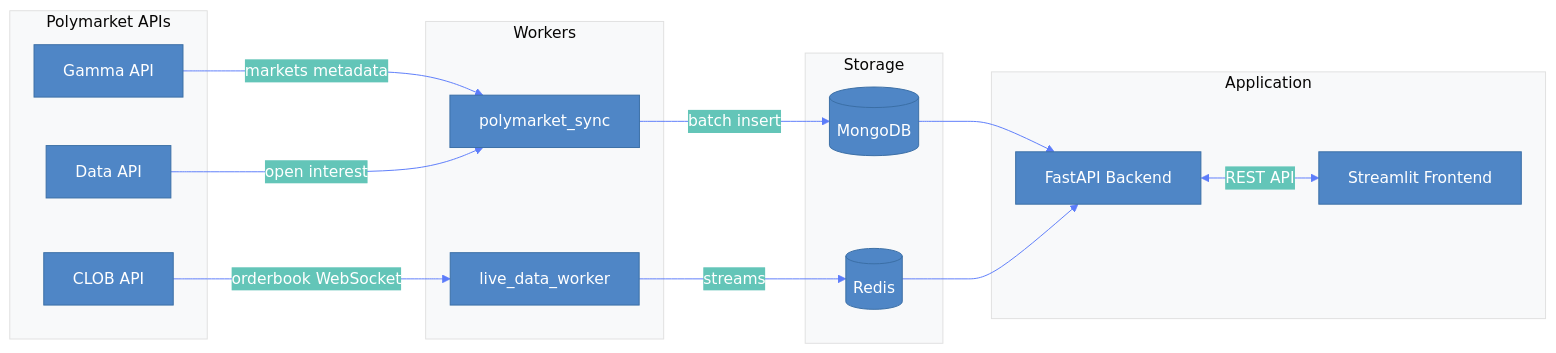
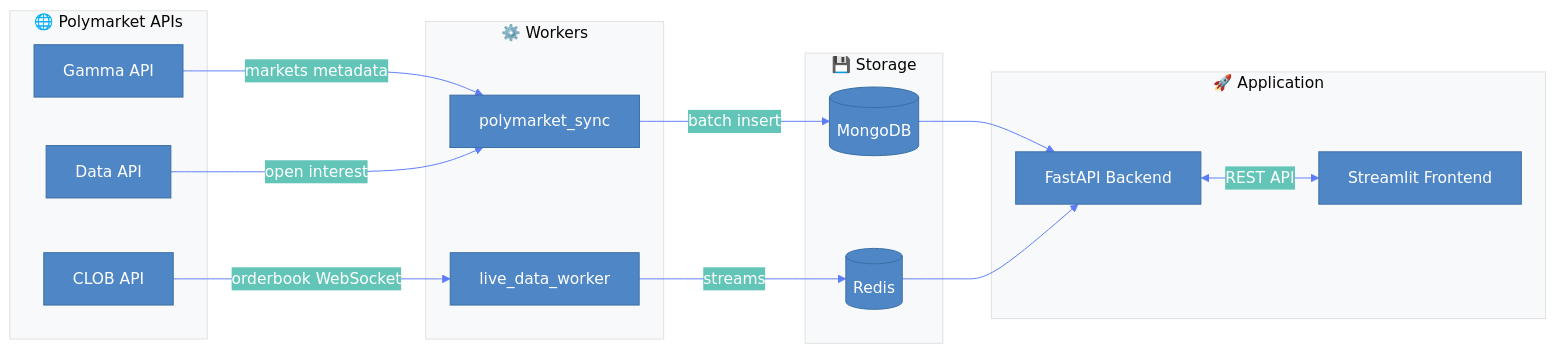
The first of 3 diagrams in README.md (leopaulmarotte/PaperTradingPM), drawn with Mermaid before and after one commit. The commit also changed other lines of this file, not shown here.

````diff
--- a/README.md
+++ b/README.md
@@ -15,35 +15,35 @@
 ```mermaid
 %%{init: {'theme': 'base', 'themeVariables': { 'primaryColor': '#4f86c6', 'primaryTextColor': '#fff', 'primaryBorderColor': '#3a6ea5', 'lineColor': '#5c7cfa', 'secondaryColor': '#63c5b8', 'tertiaryColor': '#f8f9fa', 'background': '#ffffff'}}}%%
 flowchart LR
-    subgraph Polymarket["Polymarket APIs"]
+    subgraph Polymarket[" 🌐 Polymarket APIs"]
         GAMMA[Gamma API]
         CLOB[CLOB API]
         DATA[Data API]
     end
     
-    subgraph Workers["Workers"]
+    subgraph Workers[" ⚙️ Workers"]
         SYNC[polymarket_sync]
         LIVE[live_data_worker]
     end
     
-    subgraph Storage["Storage"]
+    subgraph Storage[" 💾 Storage"]
         MONGO[(MongoDB)]
         REDIS[(Redis)]
     end
     
-    subgraph Application["Application"]
+    subgraph Application[" 🚀 Application"]
         BACKEND[FastAPI Backend]
         FRONTEND[Streamlit Frontend]
     end
     
     GAMMA -->|markets metadata| SYNC
     CLOB -->|orderbook WebSocket| LIVE
     DATA -->|open interest| SYNC
     
     SYNC -->|batch insert| MONGO
     LIVE -->|streams| REDIS
     
     MONGO --> BACKEND
     REDIS --> BACKEND
     BACKEND <-->|REST API| FRONTEND
 ```
````
